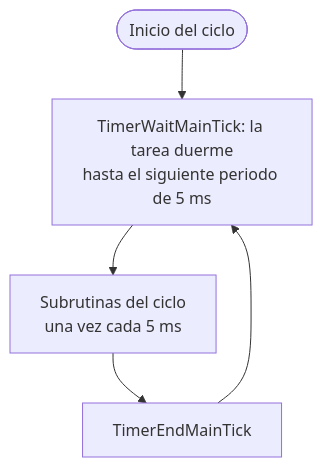
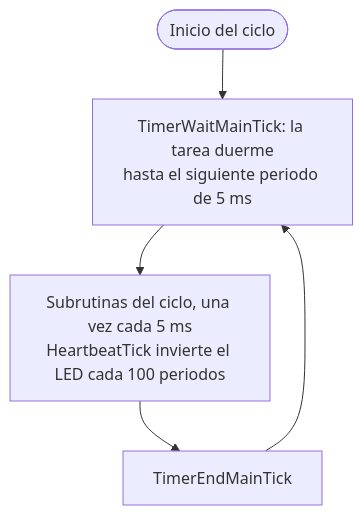
Before and after one commit to rodgutzal/Airsoft-MultipurposeGameModeTool: the sixth of 6 diagrams in Sw/README.md, drawn with Mermaid. The commit also changed other lines of this file and 12 other files, not shown here.

Commit message:
Agregar HeartbeatDriver (LED en GPIO43, ciclo de 1 s), SetGpioLevel y consola por USB-Serial-JTAG

````diff
--- a/Sw/README.md
+++ b/Sw/README.md
@@ -257,7 +279,7 @@
 ```mermaid
 flowchart TD
   A(["Inicio del ciclo"]) --> B["TimerWaitMainTick: la tarea duerme<br/>hasta el siguiente periodo de 5 ms"]
-  B --> D["Subrutinas del ciclo<br/>una vez cada 5 ms"]
+  B --> D["Subrutinas del ciclo, una vez cada 5 ms<br/>HeartbeatTick invierte el LED cada 100 periodos"]
   D --> E["TimerEndMainTick"]
   E --> B
 ```
````
